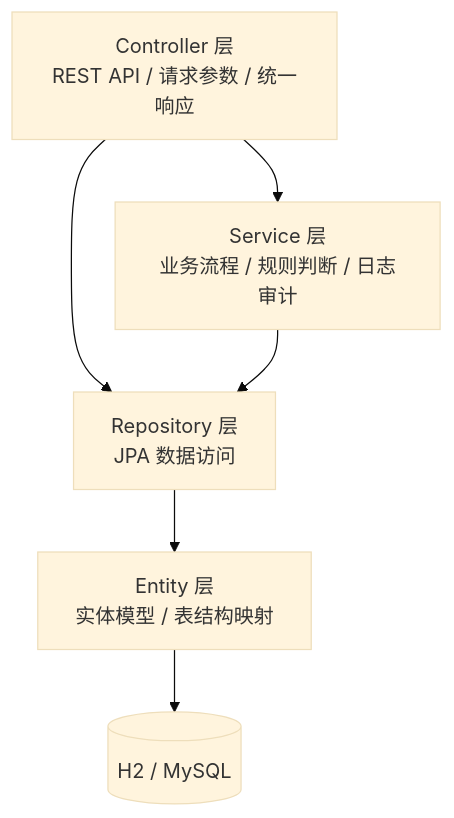
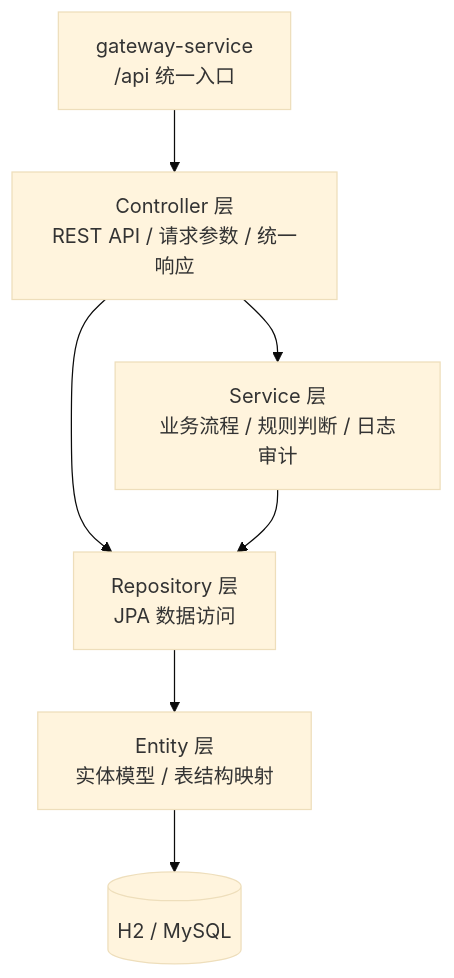
One commit to hmhm114514/industrial-iot-platform changed the second of 6 diagrams in docs/架构设计报告.md. Above: the diagram before and after it, drawn with Mermaid (base theme). The commit also changed other lines of this file and 218 other files, not shown here.

````diff
--- a/docs/架构设计报告.md
+++ b/docs/架构设计报告.md
@@ -54,13 +68,15 @@
 ```mermaid
 flowchart TB
+    Gateway[gateway-service\n/api 统一入口]
     Controller[Controller 层\nREST API / 请求参数 / 统一响应]
     Service[Service 层\n业务流程 / 规则判断 / 日志审计]
     Repo[Repository 层\nJPA 数据访问]
     Entity[Entity 层\n实体模型 / 表结构映射]
     DB[(H2 / MySQL)]
+    Gateway --> Controller
     Controller --> Service
     Controller --> Repo
     Service --> Repo
     Repo --> Entity
     Entity --> DB
 ```
````
